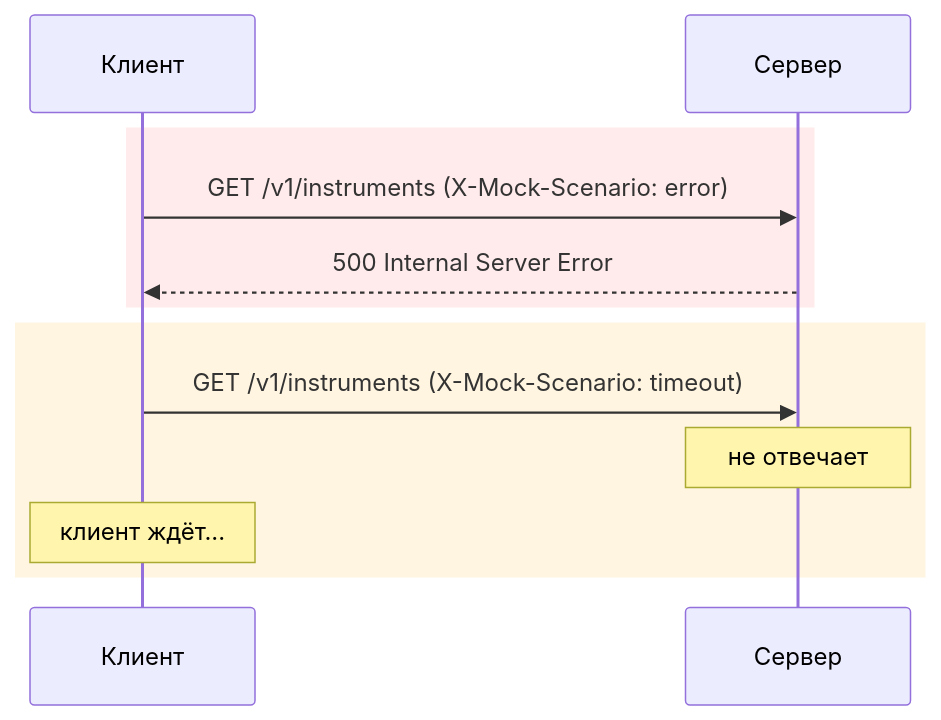
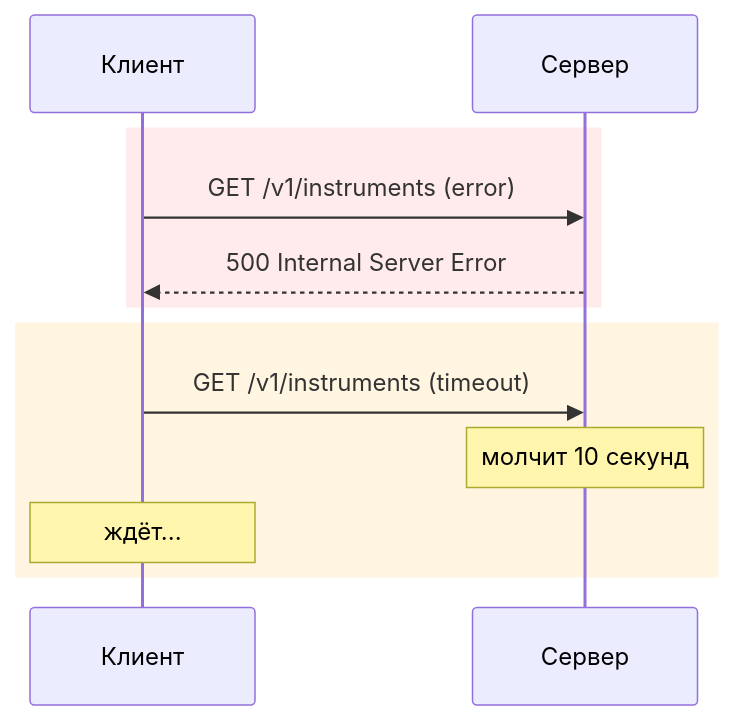
One commit to ArthurAipov/market-pulse-innopolis changed the diagram in advanced/docs/seminars/seminar7/Что делать, если сервер сбоит/1. Два сценария.md. Above: the diagram before and after it, drawn with Mermaid. The commit also changed other lines of this file and 41 other files, not shown here.

````diff
--- a/advanced/docs/seminars/seminar7/Что делать, если сервер сбоит/1. Два сценария.md
+++ b/advanced/docs/seminars/seminar7/Что делать, если сервер сбоит/1. Два сценария.md
@@ -3,16 +10,16 @@
 ```mermaid
 sequenceDiagram
     participant C as Клиент
     participant S as Сервер
 
     rect rgb(255, 235, 235)
-        C ->> S: GET /v1/instruments (X-Mock-Scenario: error)
+        C ->> S: GET /v1/instruments (error)
         S -->> C: 500 Internal Server Error
     end
 
     rect rgb(255, 245, 225)
-        C ->> S: GET /v1/instruments (X-Mock-Scenario: timeout)
-        Note over S: не отвечает
-        Note over C: клиент ждёт...
+        C ->> S: GET /v1/instruments (timeout)
+        Note over S: молчит 10 секунд
+        Note over C: ждёт...
     end
 ```
````
